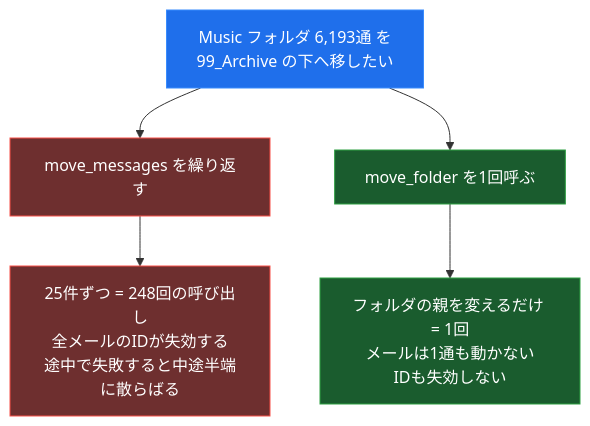
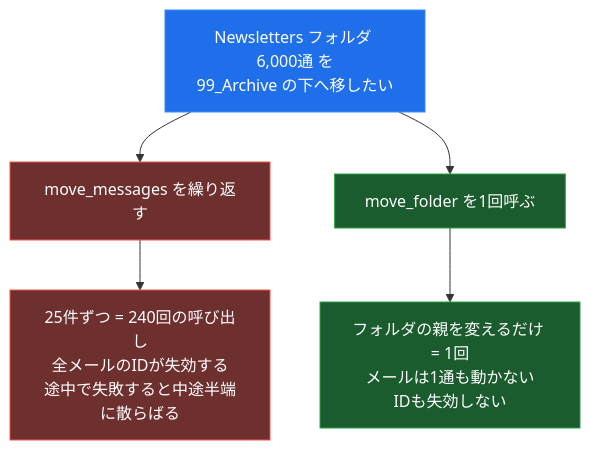
The first of 2 diagrams in README.md (ma2no4413/outlook-mcp), drawn with Mermaid before and after one commit. The commit also changed other lines of this file and 2 other files, not shown here.

First line of the commit message:
図版と例文のフォルダ名・差出人を汎用のものに置き換える

````diff
--- a/README.md
+++ b/README.md
@@ -54,15 +54,15 @@
 ```mermaid
 flowchart TD
-    Q["Music フォルダ 6,193通 を<br/>99_Archive の下へ移したい"]
+    Q["Newsletters フォルダ 6,000通 を<br/>99_Archive の下へ移したい"]
     Q --> A["move_messages を繰り返す"]
     Q --> B["move_folder を1回呼ぶ"]
-    A --> A1["25件ずつ = 248回の呼び出し<br/>全メールのIDが失効する<br/>途中で失敗すると中途半端に散らばる"]
+    A --> A1["25件ずつ = 240回の呼び出し<br/>全メールのIDが失効する<br/>途中で失敗すると中途半端に散らばる"]
     B --> B1["フォルダの親を変えるだけ = 1回<br/>メールは1通も動かない<br/>IDも失効しない"]
 
     classDef ask fill:#1f6feb,stroke:#388bfd,color:#ffffff
     classDef bad fill:#6e2f2f,stroke:#f85149,color:#ffffff
     classDef good fill:#1a5c2e,stroke:#2ea043,color:#ffffff
     class Q ask
     class A,A1 bad
     class B,B1 good
 ```
````
